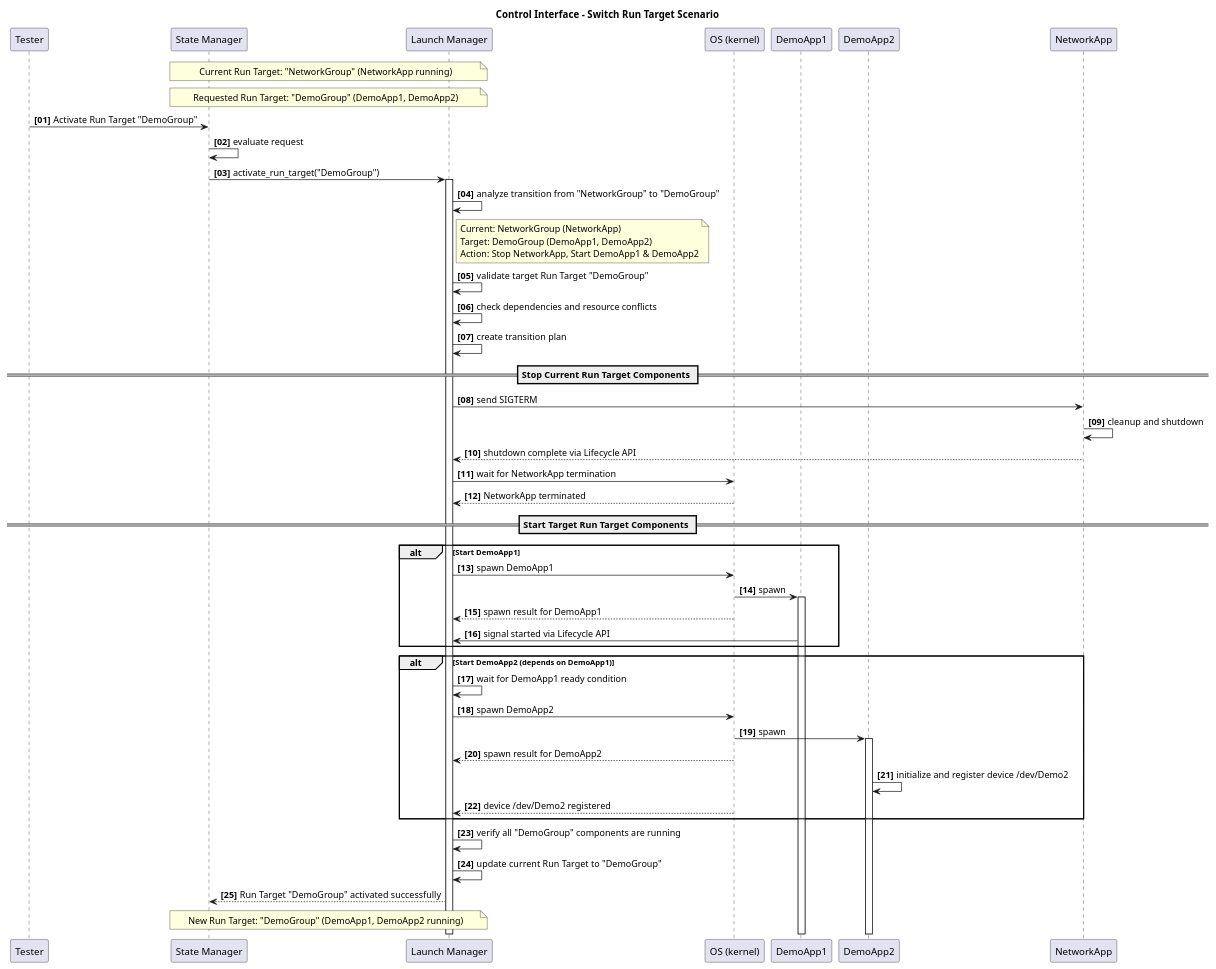
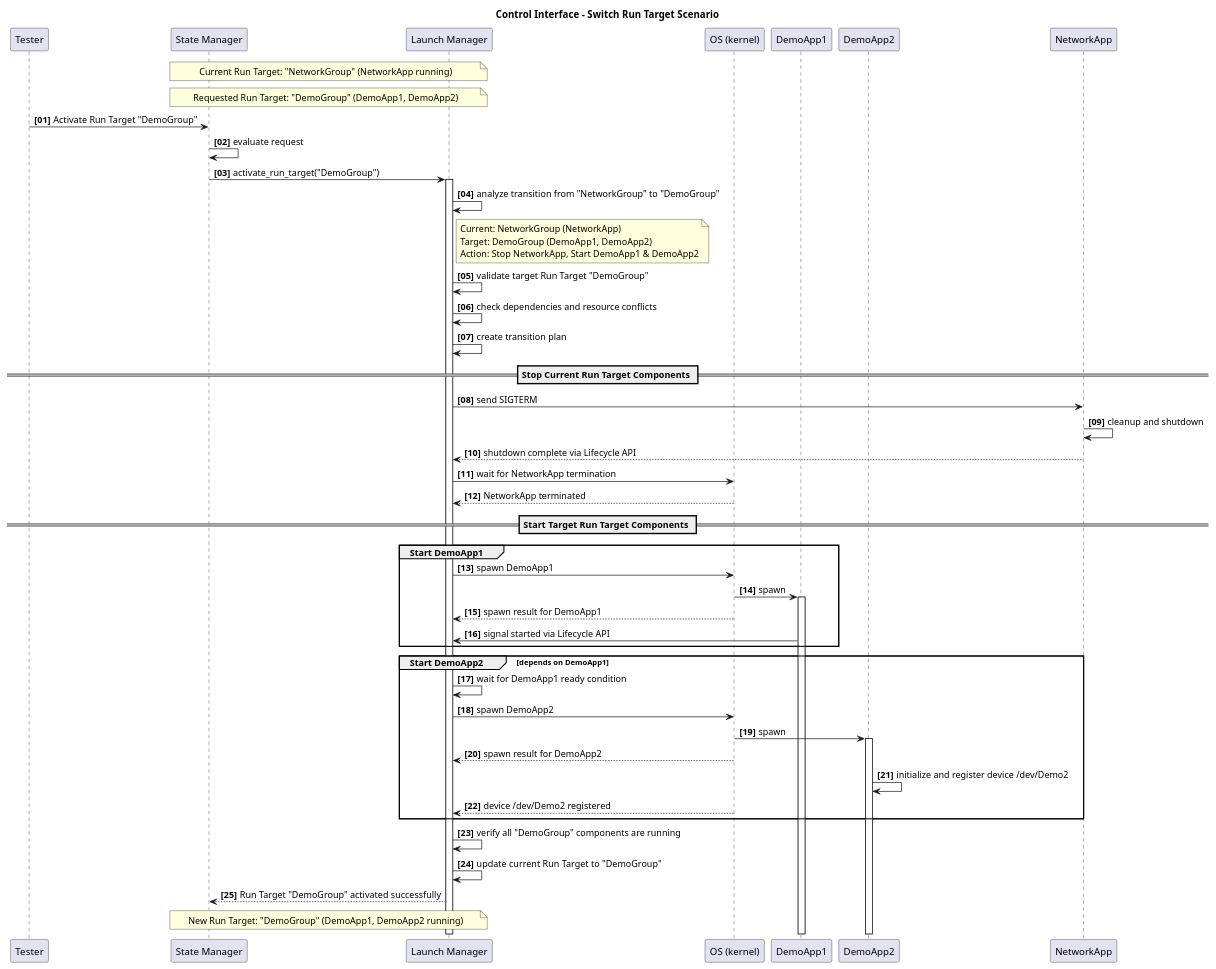
The diagram in docs/features/lifecycle/architecture/_assets/control_interface_switch_sequence.puml (eclipse-score/lifecycle), drawn with PlantUML before and after one commit. The commit also changed 3 other files, not shown here.

```diff
--- a/docs/features/lifecycle/architecture/_assets/control_interface_switch_sequence.puml
+++ b/docs/features/lifecycle/architecture/_assets/control_interface_switch_sequence.puml
@@ -14,62 +14,62 @@
 @startuml
 title Control Interface - Switch Run Target Scenario
 
 autonumber "<b>[00]"
 
 participant "Tester" as Tester
 participant "State Manager" as SM
 participant "Launch Manager" as LM
 participant "OS (kernel)" as kernel
 participant "DemoApp1" as DemoApp1
 participant "DemoApp2" as DemoApp2
 participant "NetworkApp" as NetworkApp
 
 note over SM, LM: Current Run Target: "NetworkGroup" (NetworkApp running)
 note over SM, LM: Requested Run Target: "DemoGroup" (DemoApp1, DemoApp2)
 
 Tester -> SM: Activate Run Target "DemoGroup"
 SM -> SM: evaluate request
 SM -> LM: activate_run_target("DemoGroup")
 activate LM
 
 LM -> LM: analyze transition from "NetworkGroup" to "DemoGroup"
 note right of LM: Current: NetworkGroup (NetworkApp)\nTarget: DemoGroup (DemoApp1, DemoApp2)\nAction: Stop NetworkApp, Start DemoApp1 & DemoApp2
 
 LM -> LM: validate target Run Target "DemoGroup"
 LM -> LM: check dependencies and resource conflicts
 LM -> LM: create transition plan
 
 == Stop Current Run Target Components ==
 LM -> NetworkApp: send SIGTERM
 NetworkApp -> NetworkApp: cleanup and shutdown
 NetworkApp --> LM: shutdown complete via Lifecycle API
 LM -> kernel: wait for NetworkApp termination
 kernel --> LM: NetworkApp terminated
 
 == Start Target Run Target Components ==
-alt Start DemoApp1
+group Start DemoApp1
     LM -> kernel: spawn DemoApp1
     kernel -> DemoApp1: spawn
     activate DemoApp1
     kernel --> LM: spawn result for DemoApp1
     DemoApp1 -> LM: signal started via Lifecycle API
 end
 
-alt Start DemoApp2 (depends on DemoApp1)
+group Start DemoApp2 [depends on DemoApp1]
     LM -> LM: wait for DemoApp1 ready condition
     LM -> kernel: spawn DemoApp2
     kernel -> DemoApp2: spawn
     activate DemoApp2
     kernel --> LM: spawn result for DemoApp2
     
     DemoApp2 -> DemoApp2: initialize and register device /dev/Demo2
     kernel --> LM: device /dev/Demo2 registered
 end
 
 LM -> LM: verify all "DemoGroup" components are running
 LM -> LM: update current Run Target to "DemoGroup"
 LM --> SM: Run Target "DemoGroup" activated successfully
 
 note over SM, LM: New Run Target: "DemoGroup" (DemoApp1, DemoApp2 running)
 
 @enduml
```
